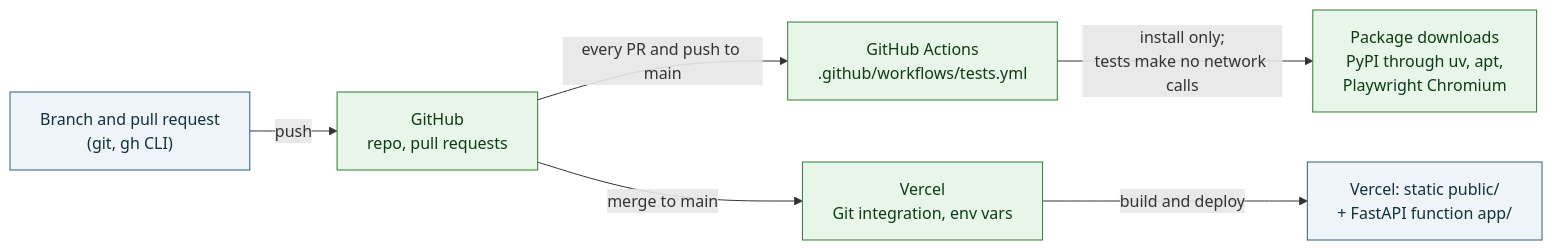
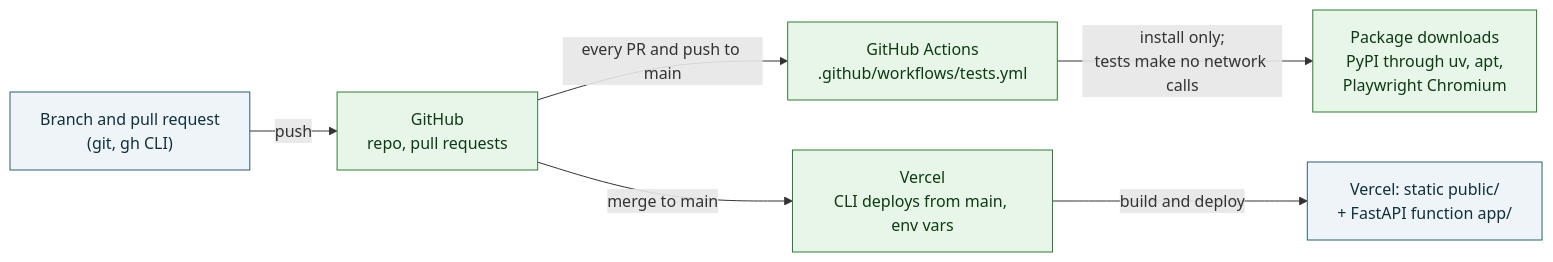
The fifth of 8 diagrams in docs/APIS.md (bcollier/faculty-twin), drawn with Mermaid before and after one commit. The commit also changed other lines of this file and 2 other files, not shown here.

Commit message:
Docs: deploys are run by hand with the Vercel CLI, not on merge (#79)
The repo is not connected to Vercel's Git integration, so a merge to main
does not deploy. README, AGENTS.md and docs/APIS.md said it did.

Claude-Session: https://claude.ai/code/session_01HVmjg8TUBHLmg3PzPAQ4yn

````diff
--- a/docs/APIS.md
+++ b/docs/APIS.md
@@ -160,21 +160,21 @@
 ```mermaid
 flowchart LR
     classDef own fill:#eef4f8,stroke:#2c5f73,color:#10303c
     classDef free fill:#e8f5e9,stroke:#2e7d32,color:#0d3b12
 
     DEV["Branch and pull request<br/>(git, gh CLI)"]
     GH["GitHub<br/>repo, pull requests"]
     GHA["GitHub Actions<br/>.github/workflows/tests.yml"]
     PKG["Package downloads<br/>PyPI through uv, apt,<br/>Playwright Chromium"]
-    VER["Vercel<br/>Git integration, env vars"]
+    VER["Vercel<br/>CLI deploys from main, env vars"]
     LIVE["Vercel: static public/<br/>+ FastAPI function app/"]
 
     DEV -- "push" --> GH
     GH -- "every PR and push to main" --> GHA
     GHA -- "install only;<br/>tests make no network calls" --> PKG
     GH -- "merge to main" --> VER
     VER -- "build and deploy" --> LIVE
 
     class DEV,LIVE own
     class GH,GHA,PKG,VER free
 ```
````
